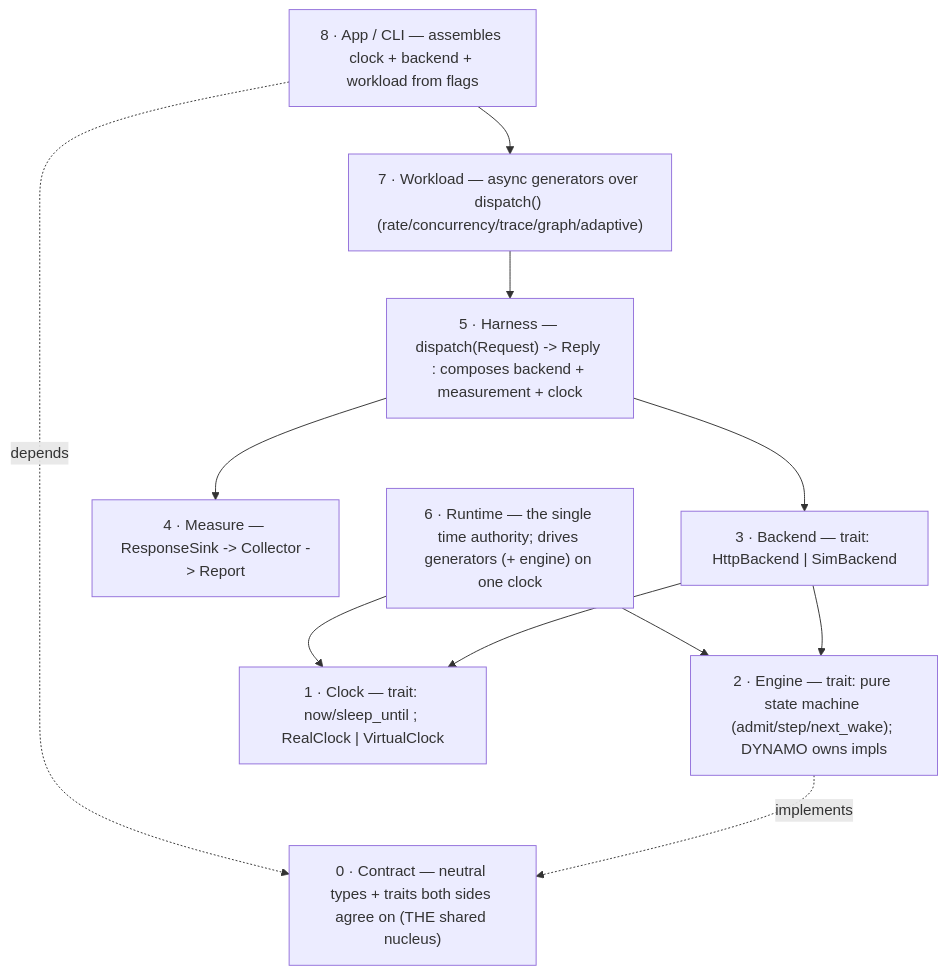
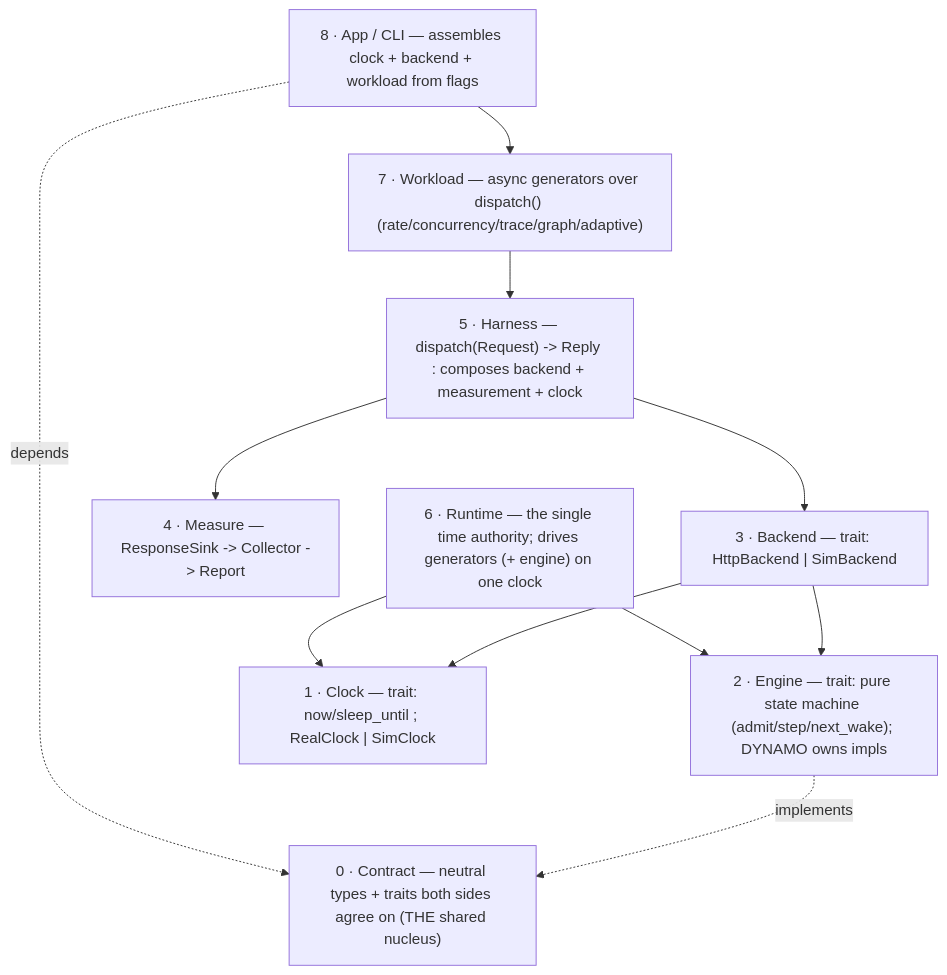
One commit to ai-dynamo/aiperf changed the first of 2 diagrams in specs/2026-07-10-shared-rust-architecture-northstar.md. Above: the diagram before and after it, drawn with Mermaid. The commit also changed other lines of this file and 4 other files, not shown here.

First line of the commit message:
docs: rename VirtualClock -> SimClock to match the code

````diff
--- a/specs/2026-07-10-shared-rust-architecture-northstar.md
+++ b/specs/2026-07-10-shared-rust-architecture-northstar.md
@@ -37,21 +37,21 @@
 ```mermaid
 flowchart TB
     app["8 · App / CLI — assembles clock + backend + workload from flags"]
     workload["7 · Workload — async generators over dispatch() (rate/concurrency/trace/graph/adaptive)"]
     runtime["6 · Runtime — the single time authority; drives generators (+ engine) on one clock"]
     harness["5 · Harness — dispatch(Request) -> Reply : composes backend + measurement + clock"]
     measure["4 · Measure — ResponseSink -> Collector -> Report"]
     backend["3 · Backend — trait: HttpBackend | SimBackend<dyn Engine>"]
     engine["2 · Engine — trait: pure state machine (admit/step/next_wake); DYNAMO owns impls"]
-    clock["1 · Clock — trait: now/sleep_until ; RealClock | VirtualClock"]
+    clock["1 · Clock — trait: now/sleep_until ; RealClock | SimClock"]
     contract["0 · Contract — neutral types + traits both sides agree on (THE shared nucleus)"]
 
     app --> workload --> harness --> backend
     runtime --> clock
     runtime --> engine
     harness --> measure
     backend --> engine
     backend --> clock
     app -.depends.-> contract
     engine -.implements.-> contract
 ```
````
